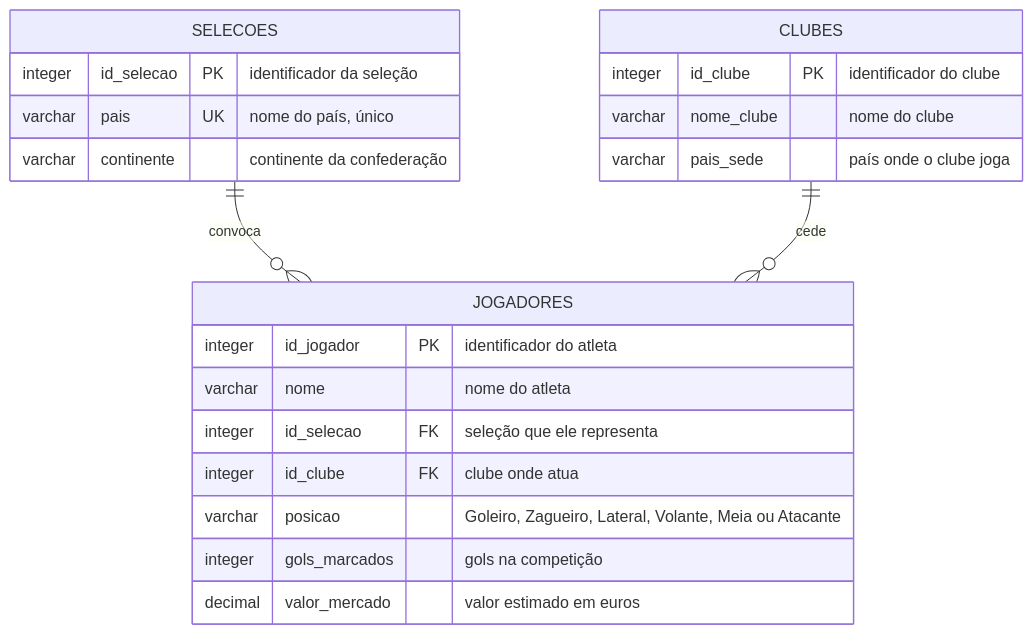
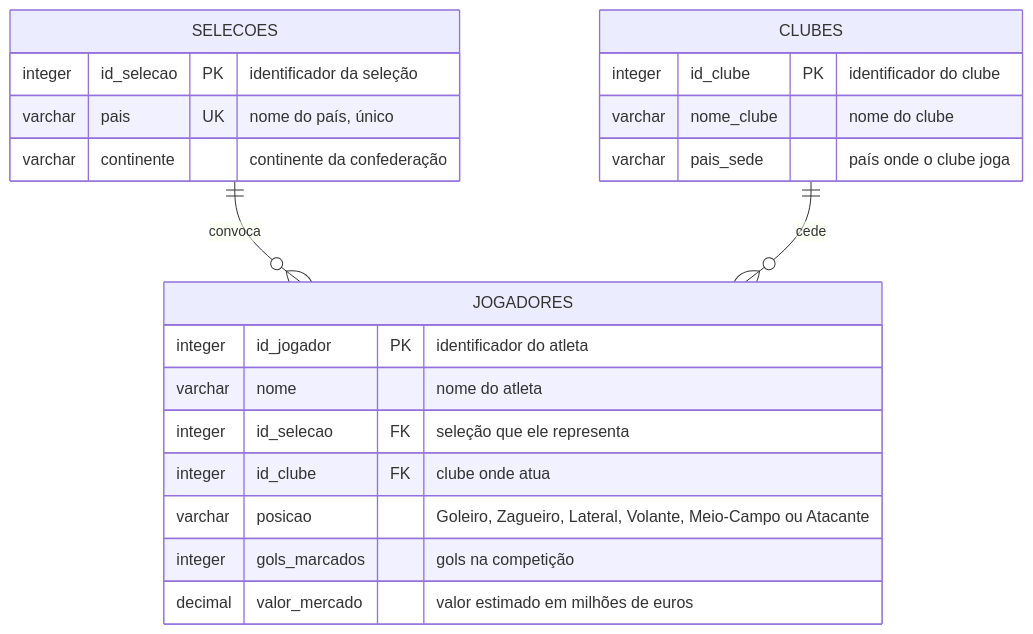
Before and after one commit to Uta-ux/banco_de_dados: the diagram in tarefa-01-modelagem/02-modelo-logico.md, drawn with Mermaid. The commit also changed other lines of this file and 5 other files, not shown here.

````diff
--- a/tarefa-01-modelagem/02-modelo-logico.md
+++ b/tarefa-01-modelagem/02-modelo-logico.md
@@ -37,27 +37,27 @@
 ```mermaid
 erDiagram
     SELECOES ||--o{ JOGADORES : "convoca"
     CLUBES   ||--o{ JOGADORES : "cede"
 
     SELECOES {
         integer id_selecao PK "identificador da seleção"
         varchar pais UK "nome do país, único"
         varchar continente "continente da confederação"
     }
 
     CLUBES {
         integer id_clube PK "identificador do clube"
         varchar nome_clube "nome do clube"
         varchar pais_sede "país onde o clube joga"
     }
 
     JOGADORES {
         integer id_jogador PK "identificador do atleta"
         varchar nome "nome do atleta"
         integer id_selecao FK "seleção que ele representa"
         integer id_clube FK "clube onde atua"
-        varchar posicao "Goleiro, Zagueiro, Lateral, Volante, Meia ou Atacante"
+        varchar posicao "Goleiro, Zagueiro, Lateral, Volante, Meio-Campo ou Atacante"
         integer gols_marcados "gols na competição"
-        decimal valor_mercado "valor estimado em euros"
+        decimal valor_mercado "valor estimado em milhões de euros"
     }
 ```
````
